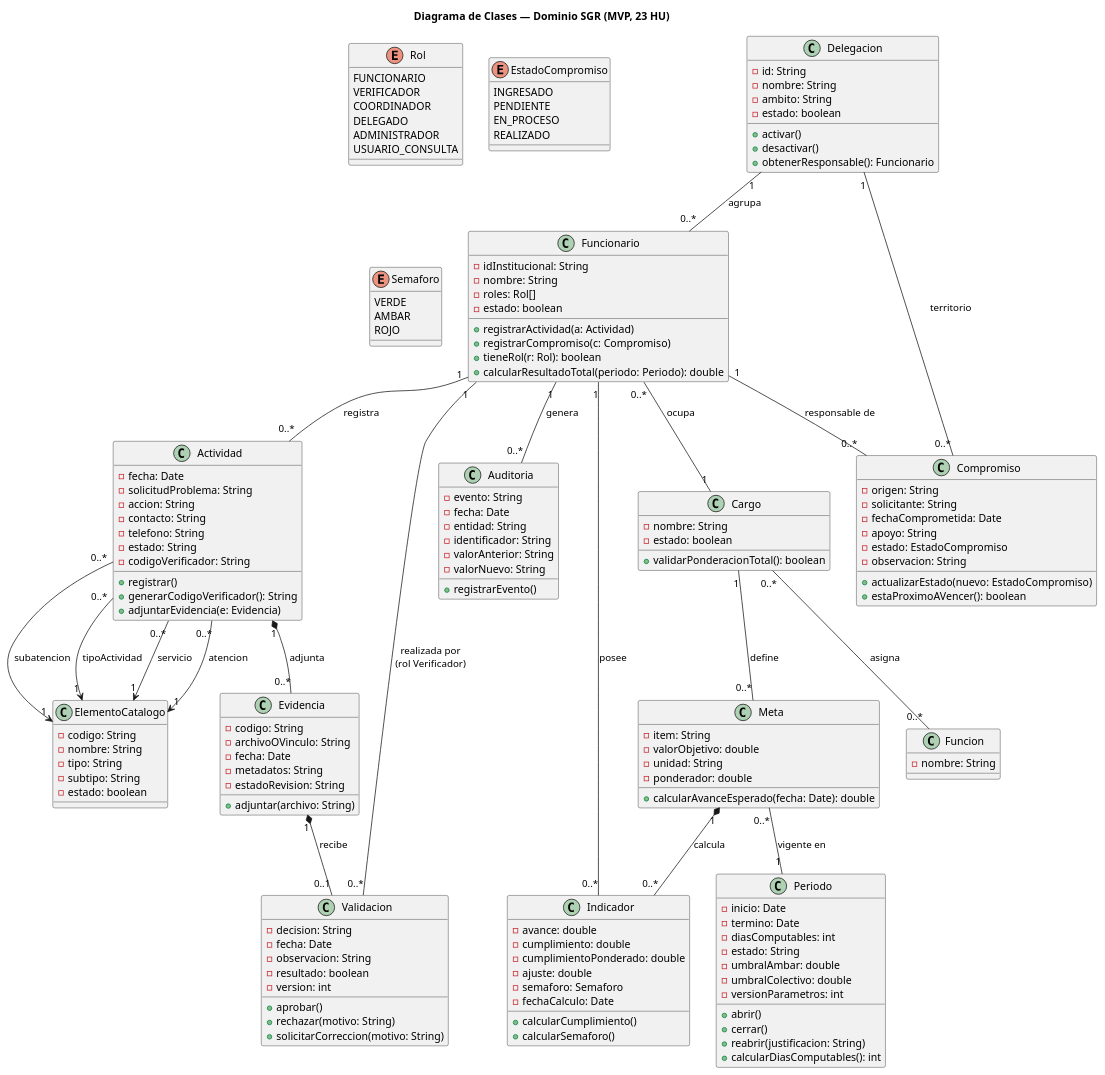
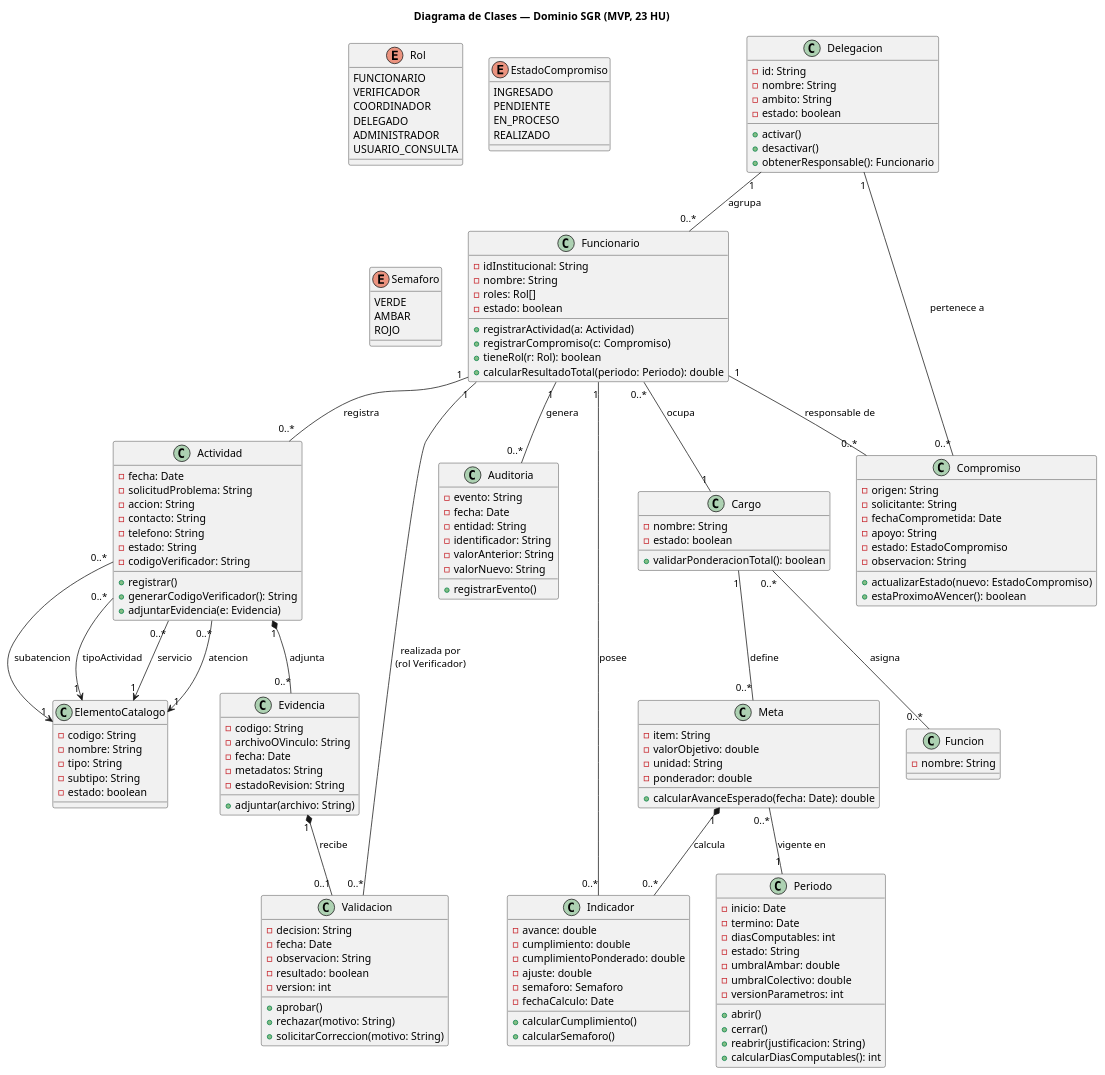
One commit to Ren-reno/ev1 changed the diagram in assets/actividad-3/clases-dominio.puml. Above: the diagram before and after it, drawn with PlantUML. The commit also changed 3 other files, not shown here.

Commit message:
Cambie el fondo del diagrama de clases a color blanco tambien cambie de nombre la relacionde compromiso y delegacion a pertenece a , tambien corregi la nota del diagrama de componentes del issue 5

```diff
--- a/assets/actividad-3/clases-dominio.puml
+++ b/assets/actividad-3/clases-dominio.puml
@@ -1,171 +1,172 @@
 @startuml clases-dominio
+skinparam backgroundColor #FFFFFF
 title Diagrama de Clases — Dominio SGR (MVP, 23 HU)
 
 enum Rol {
   FUNCIONARIO
   VERIFICADOR
   COORDINADOR
   DELEGADO
   ADMINISTRADOR
   USUARIO_CONSULTA
 }
 
 enum EstadoCompromiso {
   INGRESADO
   PENDIENTE
   EN_PROCESO
   REALIZADO
 }
 
 enum Semaforo {
   VERDE
   AMBAR
   ROJO
 }
 
 class Delegacion {
   -id: String
   -nombre: String
   -ambito: String
   -estado: boolean
   +activar()
   +desactivar()
   +obtenerResponsable(): Funcionario
 }
 
 class Cargo {
   -nombre: String
   -estado: boolean
   +validarPonderacionTotal(): boolean
 }
 
 class Funcion {
   -nombre: String
 }
 
 class Funcionario {
   -idInstitucional: String
   -nombre: String
   -roles: Rol[]
   -estado: boolean
   +registrarActividad(a: Actividad)
   +registrarCompromiso(c: Compromiso)
   +tieneRol(r: Rol): boolean
   +calcularResultadoTotal(periodo: Periodo): double
 }
 
 class Periodo {
   -inicio: Date
   -termino: Date
   -diasComputables: int
   -estado: String
   -umbralAmbar: double
   -umbralColectivo: double
   -versionParametros: int
   +abrir()
   +cerrar()
   +reabrir(justificacion: String)
   +calcularDiasComputables(): int
 }
 
 class Meta {
   -item: String
   -valorObjetivo: double
   -unidad: String
   -ponderador: double
   +calcularAvanceEsperado(fecha: Date): double
 }
 
 class ElementoCatalogo {
   -codigo: String
   -nombre: String
   -tipo: String
   -subtipo: String
   -estado: boolean
 }
 
 class Actividad {
   -fecha: Date
   -solicitudProblema: String
   -accion: String
   -contacto: String
   -telefono: String
   -estado: String
   -codigoVerificador: String
   +registrar()
   +generarCodigoVerificador(): String
   +adjuntarEvidencia(e: Evidencia)
 }
 
 class Compromiso {
   -origen: String
   -solicitante: String
   -fechaComprometida: Date
   -apoyo: String
   -estado: EstadoCompromiso
   -observacion: String
   +actualizarEstado(nuevo: EstadoCompromiso)
   +estaProximoAVencer(): boolean
 }
 
 class Evidencia {
   -codigo: String
   -archivoOVinculo: String
   -fecha: Date
   -metadatos: String
   -estadoRevision: String
   +adjuntar(archivo: String)
 }
 
 class Validacion {
   -decision: String
   -fecha: Date
   -observacion: String
   -resultado: boolean
   -version: int
   +aprobar()
   +rechazar(motivo: String)
   +solicitarCorreccion(motivo: String)
 }
 
 class Indicador {
   -avance: double
   -cumplimiento: double
   -cumplimientoPonderado: double
   -ajuste: double
   -semaforo: Semaforo
   -fechaCalculo: Date
   +calcularCumplimiento()
   +calcularSemaforo()
 }
 
 class Auditoria {
   -evento: String
   -fecha: Date
   -entidad: String
   -identificador: String
   -valorAnterior: String
   -valorNuevo: String
   +registrarEvento()
 }
 
 Delegacion "1" -- "0..*" Funcionario : agrupa
 Funcionario "0..*" -- "1" Cargo : ocupa
 Cargo "1" -- "0..*" Meta : define
 Cargo "0..*" -- "0..*" Funcion : asigna
 Meta "0..*" -- "1" Periodo : vigente en
 Funcionario "1" -- "0..*" Actividad : registra
 Actividad "0..*" --> "1" ElementoCatalogo : tipoActividad
 Actividad "0..*" --> "1" ElementoCatalogo : servicio
 Actividad "0..*" --> "1" ElementoCatalogo : atencion
 Actividad "0..*" --> "1" ElementoCatalogo : subatencion
 Actividad "1" *-- "0..*" Evidencia : adjunta
 Evidencia "1" *-- "0..1" Validacion : recibe
 Validacion "0..*" -- "1" Funcionario : realizada por\n(rol Verificador)
 Funcionario "1" -- "0..*" Compromiso : responsable de
-Compromiso "0..*" -- "1" Delegacion : territorio
+Compromiso "0..*" -- "1" Delegacion : pertenece a
 Meta "1" *-- "0..*" Indicador : calcula
 Funcionario "1" -- "0..*" Indicador : posee
 Funcionario "1" -- "0..*" Auditoria : genera
 
 @enduml
```
